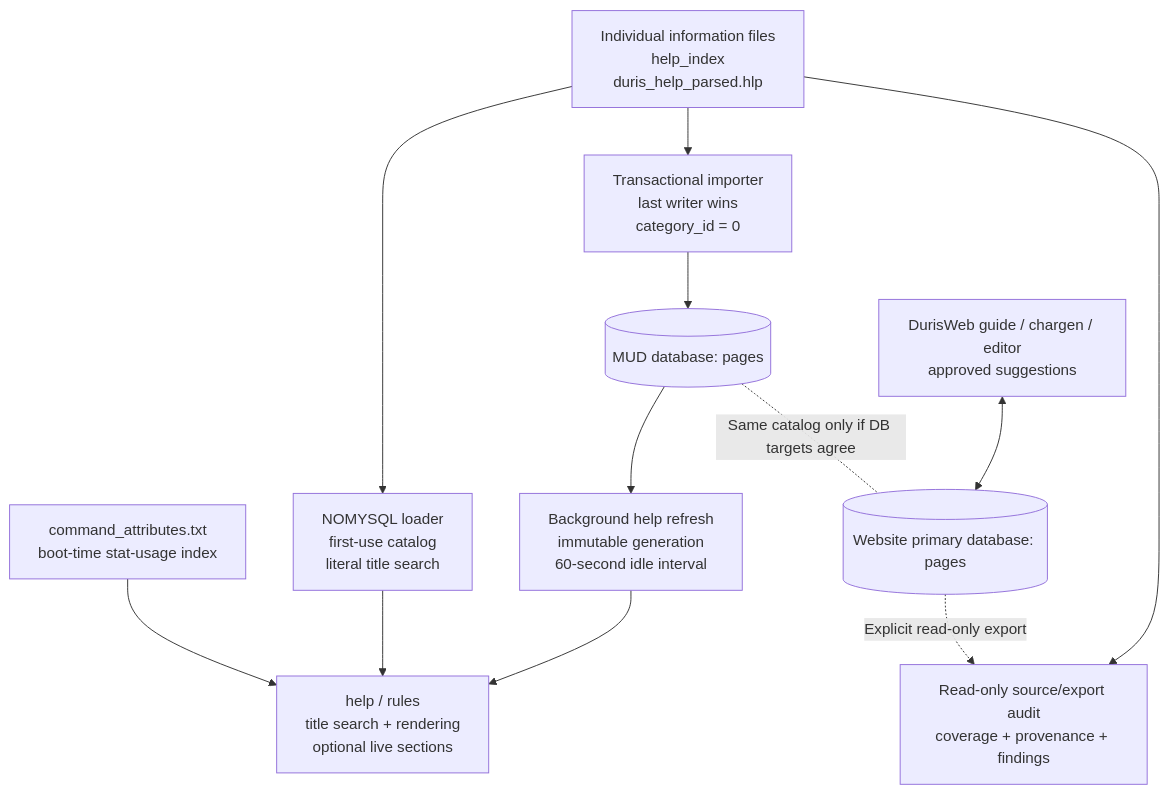
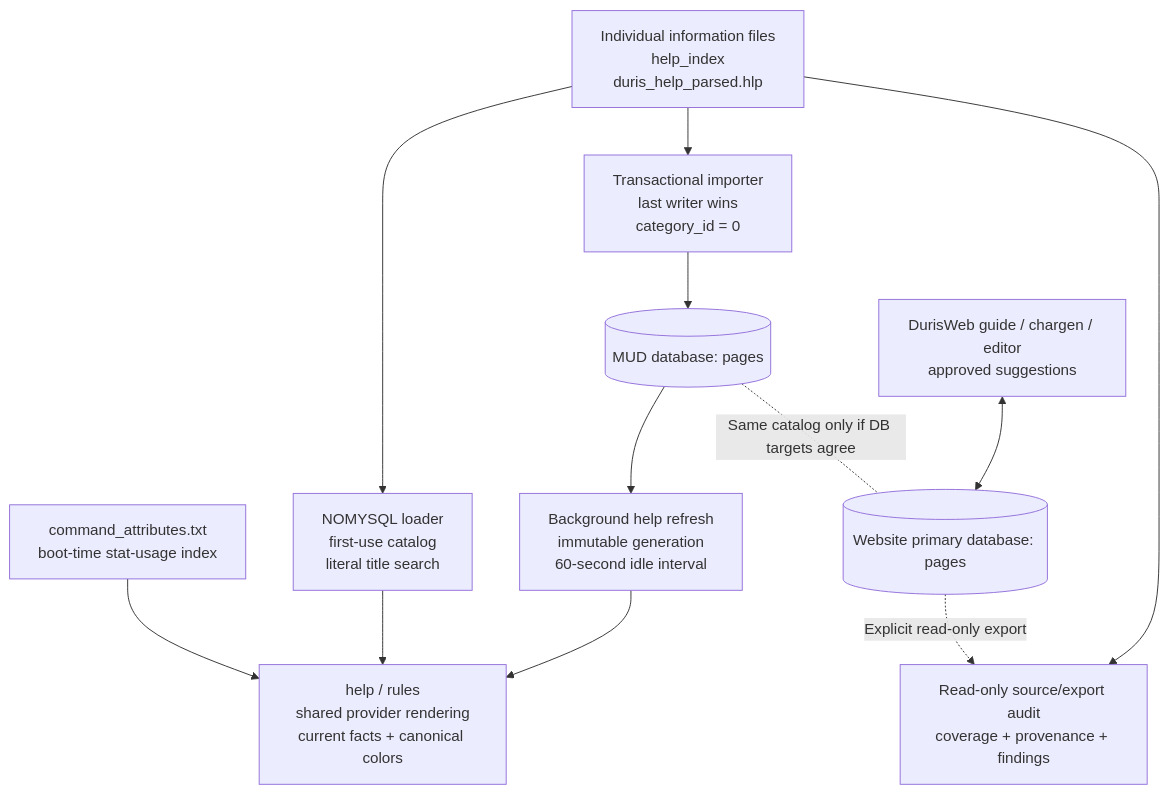
Before and after one commit to Community-Duris/Duris: the diagram in docs/design/HELP_SYSTEM_AUDIT.md, drawn with Mermaid. The commit also changed other lines of this file and 6 other files, not shown here.

Commit message:
Render current colored help data across persistence backends

````diff
--- a/docs/design/HELP_SYSTEM_AUDIT.md
+++ b/docs/design/HELP_SYSTEM_AUDIT.md
@@ -26,20 +30,20 @@
 ```mermaid
 flowchart TD
     Sources["Individual information files<br/>help_index<br/>duris_help_parsed.hlp"]
     Import["Transactional importer<br/>last writer wins<br/>category_id = 0"]
     SQL[("MUD database: pages")]
     Cache["Background help refresh<br/>immutable generation<br/>60-second idle interval"]
-    Game["help / rules<br/>title search + rendering<br/>optional live sections"]
+    Game["help / rules<br/>shared provider rendering<br/>current facts + canonical colors"]
     Flat["NOMYSQL loader<br/>first-use catalog<br/>literal title search"]
     Attributes["command_attributes.txt<br/>boot-time stat-usage index"]
     WebDB[("Website primary database: pages")]
     Web["DurisWeb guide / chargen / editor<br/>approved suggestions"]
     Audit["Read-only source/export audit<br/>coverage + provenance + findings"]
     Sources --> Import --> SQL --> Cache --> Game
     Sources --> Flat --> Game
     Attributes --> Game
     Web <--> WebDB
     SQL -. "Same catalog only if DB targets agree" .- WebDB
     Sources --> Audit
     WebDB -. "Explicit read-only export" .-> Audit
 ```
````
